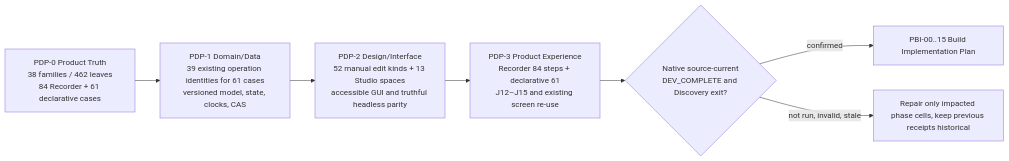
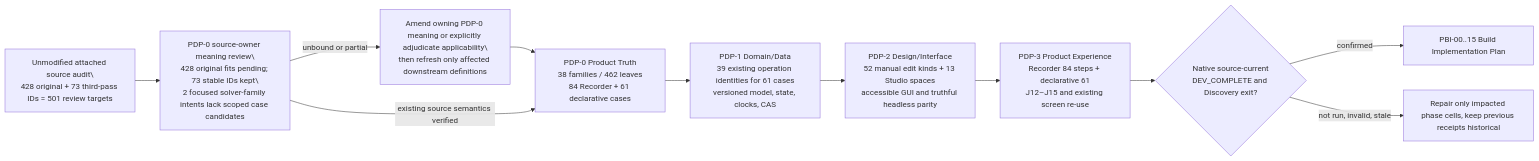
One commit to samujjwal/ghatana-media changed the second of 2 diagrams in docs/implementation/MEDIA-UNIFIED-PRODUCTION-CURRENT-PLAN.md. Above: the diagram before and after it, drawn with Mermaid. The commit also changed other lines of this file, not shown here.

Commit message:
docs(media): reconcile original 73 audit IDs and update source-to-PDP dependency diagram and PDP0 worklist

````diff
--- a/docs/implementation/MEDIA-UNIFIED-PRODUCTION-CURRENT-PLAN.md
+++ b/docs/implementation/MEDIA-UNIFIED-PRODUCTION-CURRENT-PLAN.md
@@ -51,9 +52,16 @@
 ```mermaid
 flowchart LR
+  SOURCE["Unmodified attached source audit\\n428 original + 73 third-pass IDs = 501 review targets"]
+  TRIAGE["PDP-0 source-owner meaning review\\n428 original fits pending; 73 stable IDs kept\\n2 focused solver-family intents lack scoped case candidates"]
+  MISSING["Amend owning PDP-0 meaning or explicitly adjudicate applicability\\nthen refresh only affected downstream definitions"]
+  SOURCE --> TRIAGE
+  TRIAGE -->|"unbound or partial"| MISSING
+  MISSING --> A
+  TRIAGE -->|"existing source semantics verified"| A
   A["PDP-0 Product Truth\n38 families / 462 leaves\n84 Recorder + 61 declarative cases"] --> B["PDP-1 Domain/Data\n39 existing operation identities for 61 cases\nversioned model, state, clocks, CAS"]
   B --> C["PDP-2 Design/Interface\n52 manual edit kinds + 13 Studio spaces\naccessible GUI and truthful headless parity"]
   C --> D["PDP-3 Product Experience\nRecorder 84 steps + declarative 61\nJ12–J15 and existing screen re-use"]
   D --> E{"Native source-current\nDEV_COMPLETE and Discovery exit?"}
   E -->|"confirmed"| F["PBI-00..15 Build Implementation Plan"]
   E -->|"not run, invalid, stale"| R["Repair only impacted phase cells, keep previous receipts historical"]
 ```
````
